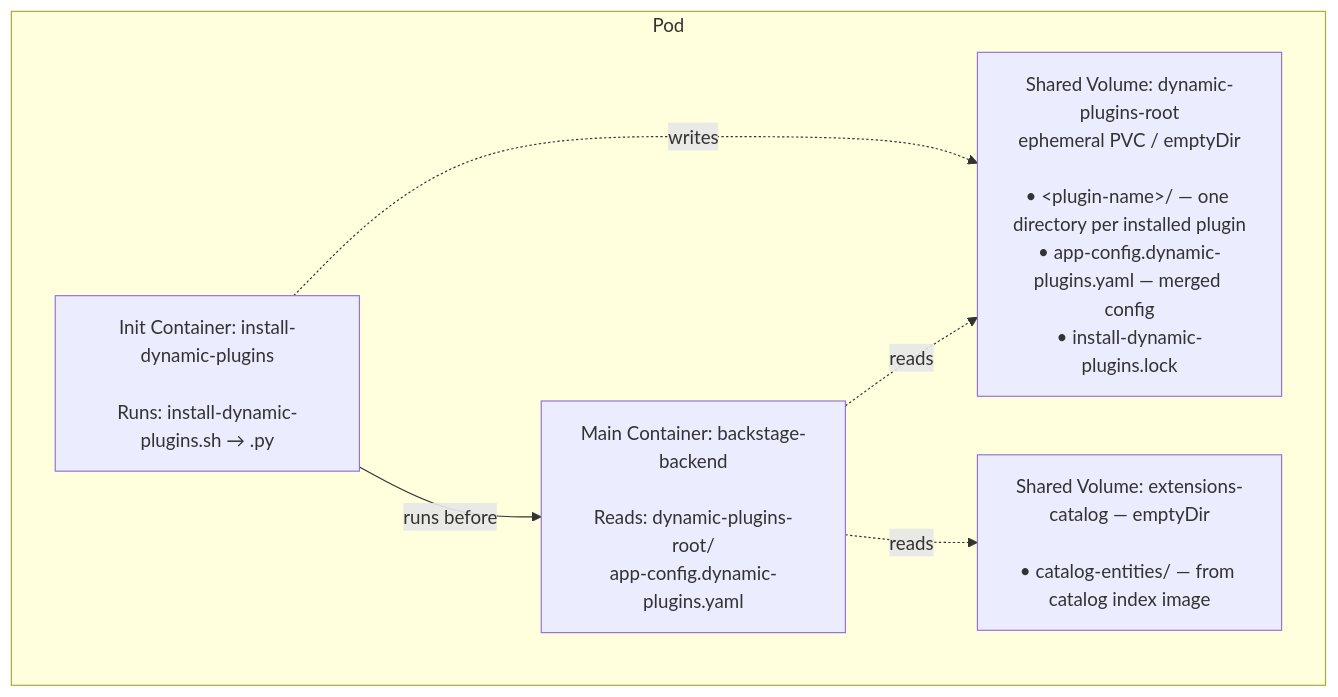
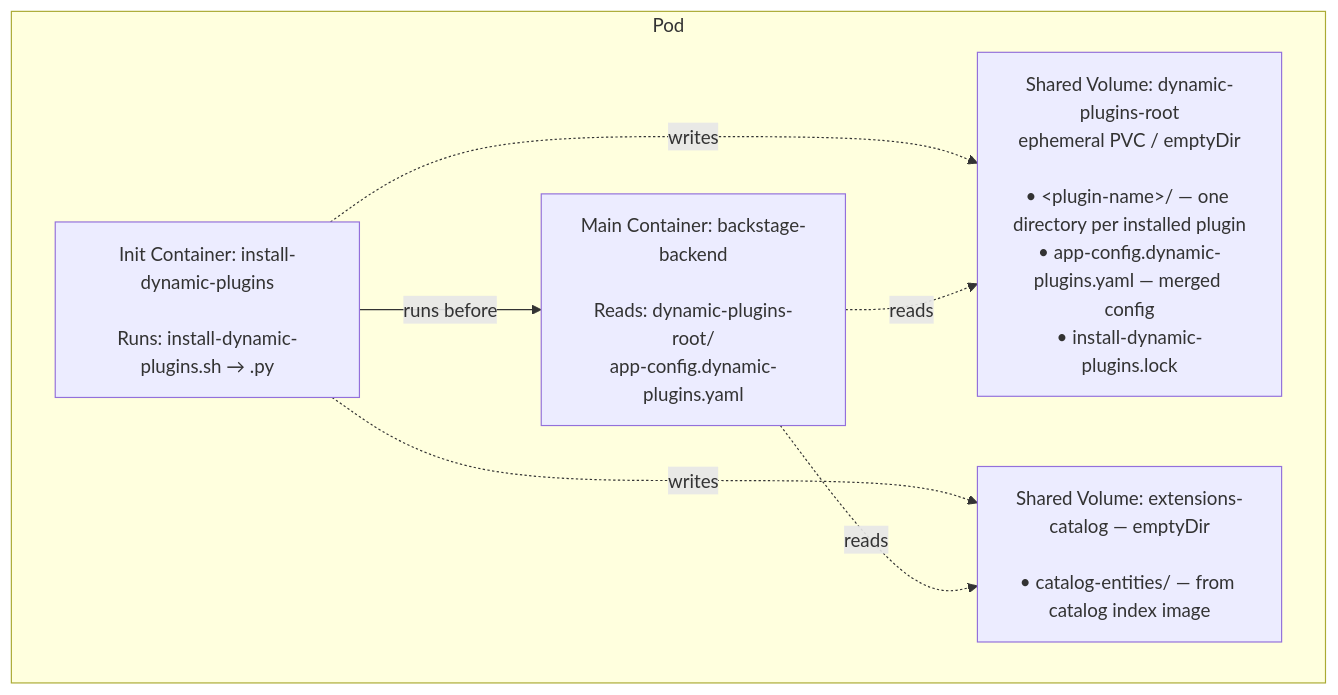
One commit to redhat-developer/rhdh changed the first of 2 diagrams in docs/architecture/dynamic-plugin-loading.md. Above: the diagram before and after it, drawn with Mermaid. The commit also changed other lines of this file and 1 other file, not shown here.

````diff
--- a/docs/architecture/dynamic-plugin-loading.md
+++ b/docs/architecture/dynamic-plugin-loading.md
@@ -9,13 +9,14 @@
 ```mermaid
 flowchart TB
     subgraph pod["Pod"]
         init["Init Container: install-dynamic-plugins<br><br>Runs: install-dynamic-plugins.sh → .py"]
         main["Main Container: backstage-backend<br><br>Reads: dynamic-plugins-root/<br>app-config.dynamic-plugins.yaml"]
         init -->|runs before| main
         vol1["Shared Volume: dynamic-plugins-root<br>ephemeral PVC / emptyDir<br><br>• &lt;plugin-name&gt;/ — one directory per installed plugin<br>• app-config.dynamic-plugins.yaml — merged config<br>• install-dynamic-plugins.lock"]
         vol2["Shared Volume: extensions-catalog — emptyDir<br><br>• catalog-entities/ — from catalog index image"]
         init -.->|writes| vol1
+        init -.->|writes| vol2
         main -.->|reads| vol1
         main -.->|reads| vol2
     end
 ```
````
